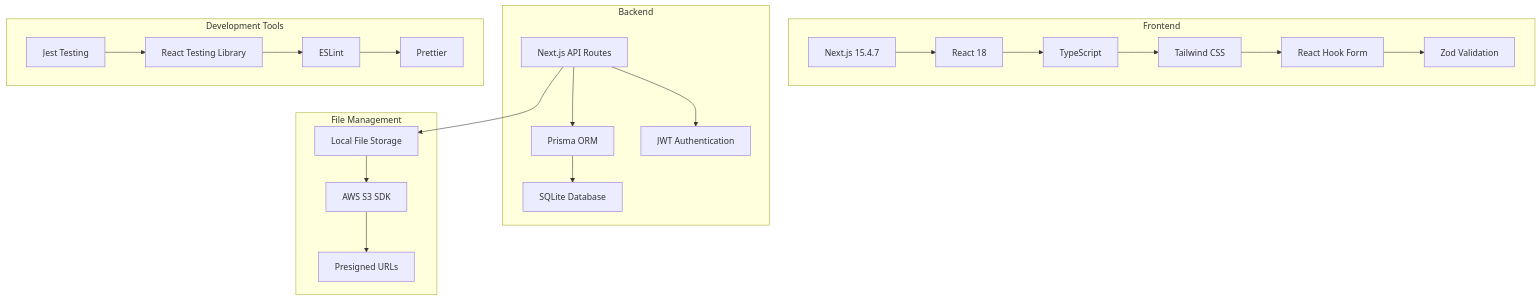
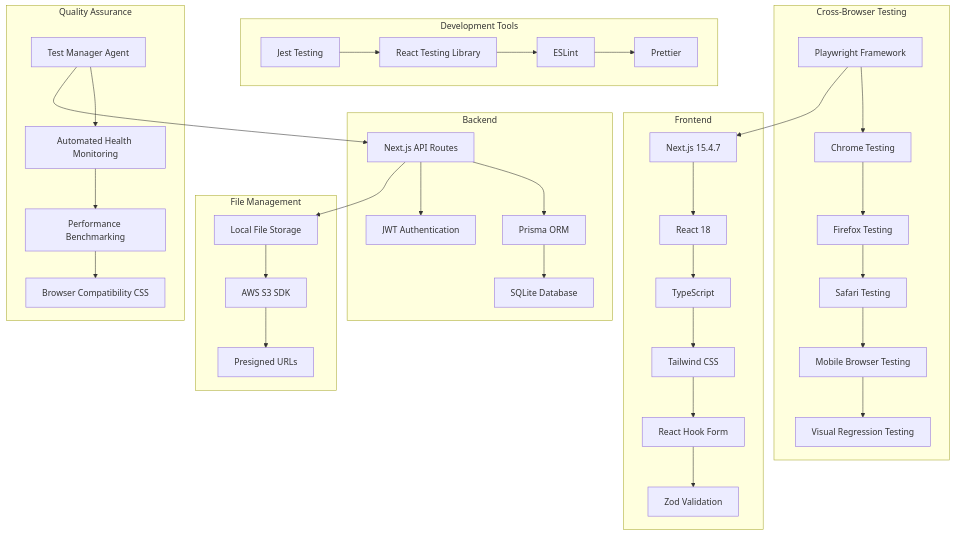
One commit to madiba63-tech/medical-second-opinion-platform changed diagram 12 of 14 in ARCHITECTURE.md. Above: the diagram before and after it, drawn with Mermaid. The commit also changed other lines of this file and 47 other files, not shown here.

````diff
--- a/ARCHITECTURE.md
+++ b/ARCHITECTURE.md
@@ -501,49 +580,79 @@
 ```mermaid
 graph TB
     subgraph "Frontend"
         A[Next.js 15.4.7]
         B[React 18]
         C[TypeScript]
         D[Tailwind CSS]
         E[React Hook Form]
         F[Zod Validation]
     end
     
     subgraph "Backend"
         G[Next.js API Routes]
         H[Prisma ORM]
         I[SQLite Database]
         J[JWT Authentication]
     end
     
     subgraph "File Management"
         K[Local File Storage]
         L[AWS S3 SDK]
         M[Presigned URLs]
     end
     
     subgraph "Development Tools"
         N[Jest Testing]
         O[React Testing Library]
         P[ESLint]
         Q[Prettier]
     end
     
+    subgraph "Cross-Browser Testing"
+        R[Playwright Framework]
+        S[Chrome Testing]
+        T[Firefox Testing]
+        U[Safari Testing]
+        V[Mobile Browser Testing]
+        W[Visual Regression Testing]
+    end
+    
+    subgraph "Quality Assurance"
+        X[Test Manager Agent]
+        Y[Automated Health Monitoring]
+        Z[Performance Benchmarking]
+        AA[Browser Compatibility CSS]
+    end
+    
     A --> B
     B --> C
     C --> D
     D --> E
     E --> F
     
     G --> H
     H --> I
     G --> J
     
     G --> K
     K --> L
     L --> M
     
     N --> O
     O --> P
     P --> Q
+    
+    R --> S
+    S --> T
+    T --> U
+    U --> V
+    V --> W
+    
+    X --> Y
+    Y --> Z
+    Z --> AA
+    
+    %% Cross-browser testing integrates with frontend
+    R --> A
+    X --> G
 ```
````
